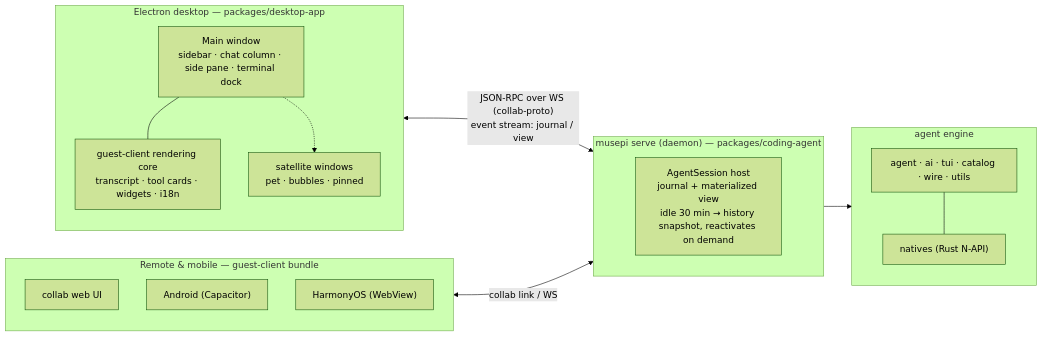
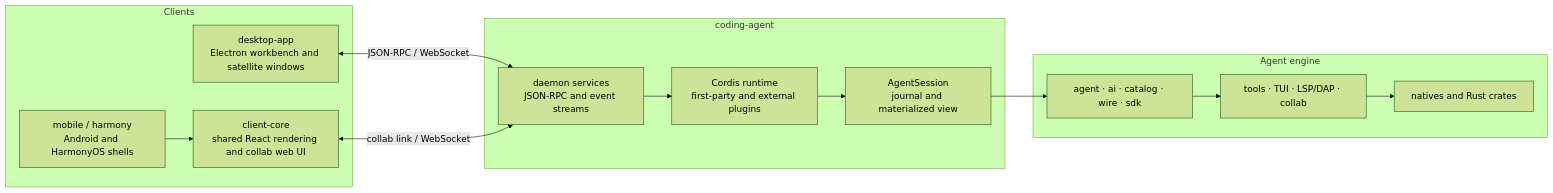
The diagram in README.md (MuseLinn/MusePi), drawn with Mermaid (forest theme) before and after one commit. The commit also changed other lines of this file and 41 other files, not shown here.

Commit message:
feat: improve chat customization and Windows setup

````diff
--- a/README.md
+++ b/README.md
@@ -157,33 +83,26 @@
 ```mermaid
 flowchart LR
-    subgraph DESKTOP["Electron desktop — packages/desktop-app"]
-        direction TB
-        MW["Main window<br/>sidebar · chat column · side pane · terminal dock"]
-        GC["guest-client rendering core<br/>transcript · tool cards · widgets · i18n"]
-        PW["satellite windows<br/>pet · bubbles · pinned"]
-        MW --- GC
-        MW -.-> PW
+    subgraph CLIENTS["Clients"]
+        DESKTOP["desktop-app<br/>Electron workbench and satellite windows"]
+        WEB["client-core<br/>shared React rendering and collab web UI"]
+        MOBILE["mobile / harmony<br/>Android and HarmonyOS shells"]
     end
 
-    subgraph REMOTE["Remote & mobile — guest-client bundle"]
-        direction TB
-        WEB["collab web UI"]
-        AND["Android (Capacitor)"]
-        HAR["HarmonyOS (WebView)"]
+    subgraph HOST["coding-agent"]
+        RPC["daemon services<br/>JSON-RPC and event streams"]
+        CORDIS["Cordis runtime<br/>first-party and external plugins"]
+        SESSION["AgentSession<br/>journal and materialized view"]
     end
 
-    subgraph DAEMON["musepi serve (daemon) — packages/coding-agent"]
-        HOST["AgentSession host<br/>journal + materialized view<br/>idle 30 min → history snapshot, reactivates on demand"]
+    subgraph ENGINE["Agent engine"]
+        CORE["agent · ai · catalog · wire · sdk"]
+        TOOLS["tools · TUI · LSP/DAP · collab"]
+        NATIVE["natives and Rust crates"]
     end
 
-    subgraph ENGINE["agent engine"]
-        direction TB
-        CORE["agent · ai · tui · catalog · wire · utils"]
-        NAT["natives (Rust N-API)"]
-        CORE --- NAT
-    end
-
-    DESKTOP <-- "JSON-RPC over WS (collab-proto)<br/>event stream: journal / view" --> DAEMON
-    REMOTE <-- "collab link / WS" --> DAEMON
-    DAEMON --> ENGINE
+    DESKTOP <-- "JSON-RPC / WebSocket" --> RPC
+    WEB <-- "collab link / WebSocket" --> RPC
+    MOBILE --> WEB
+    RPC --> CORDIS --> SESSION --> CORE
+    CORE --> TOOLS --> NATIVE
 ```
````
